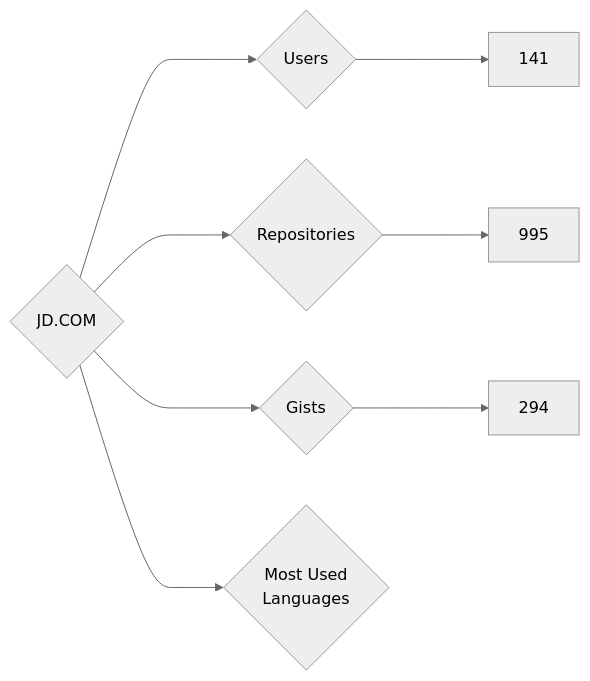
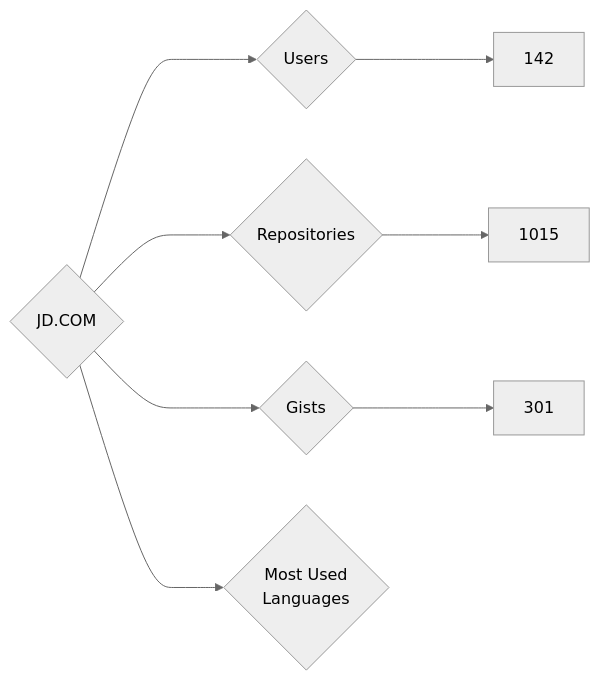
Before and after one commit to nenadzaric/insiders: the diagram in targets/JD.COM/README.md, drawn with Mermaid (neutral theme). The commit also changed 1342 other files, not shown here.

````diff
--- a/targets/JD.COM/README.md
+++ b/targets/JD.COM/README.md
@@ -3,8 +3,8 @@
 ```mermaid
 graph LR
 COMPANY_NAME{JD.COM}
-COMPANY_NAME ---> U{Users} ---> UN[141]
-COMPANY_NAME ---> R{Repositories} ---> RN[995]
-COMPANY_NAME ---> G{Gists} ---> GN[294]
+COMPANY_NAME ---> U{Users} ---> UN[142]
+COMPANY_NAME ---> R{Repositories} ---> RN[1015]
+COMPANY_NAME ---> G{Gists} ---> GN[301]
 COMPANY_NAME ---> ML{Most Used<br>Languages}
 ```
````
